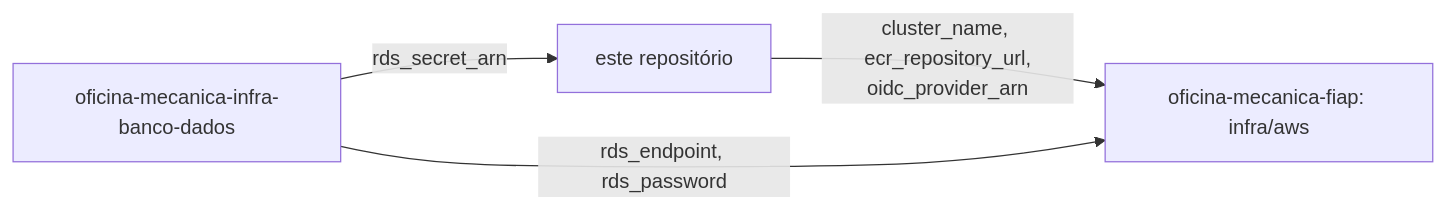
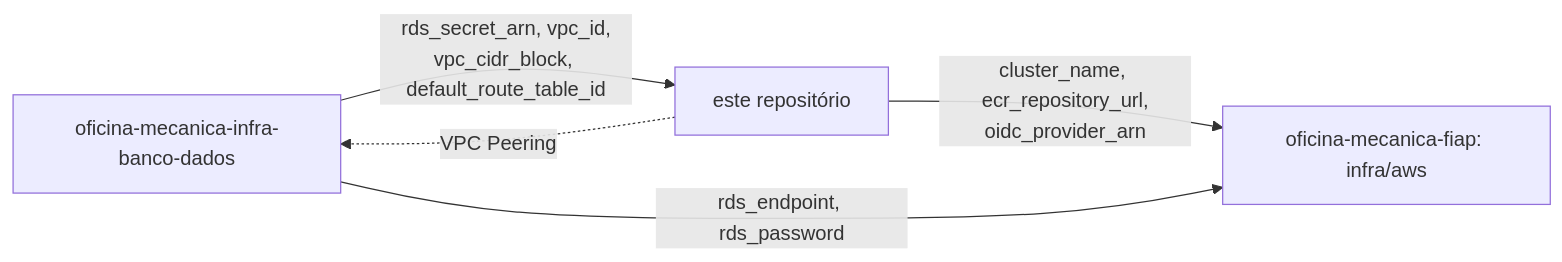
The diagram in README.md (phantosmia/oficina-mecanica-infra-kubernetes), drawn with Mermaid before and after one commit. The commit also changed other lines of this file and 1 other file, not shown here.

````diff
--- a/README.md
+++ b/README.md
@@ -101,6 +102,7 @@
 ```mermaid
 flowchart LR
-    DB["oficina-mecanica-infra-banco-dados"] -- "rds_secret_arn" --> K8S["este repositório"]
+    DB["oficina-mecanica-infra-banco-dados"] -- "rds_secret_arn, vpc_id,<br/>vpc_cidr_block, default_route_table_id" --> K8S["este repositório"]
+    K8S -. "VPC Peering" .-> DB
     K8S -- "cluster_name, ecr_repository_url,<br/>oidc_provider_arn" --> APP["oficina-mecanica-fiap: infra/aws"]
     DB -- "rds_endpoint, rds_password" --> APP
 ```
````
